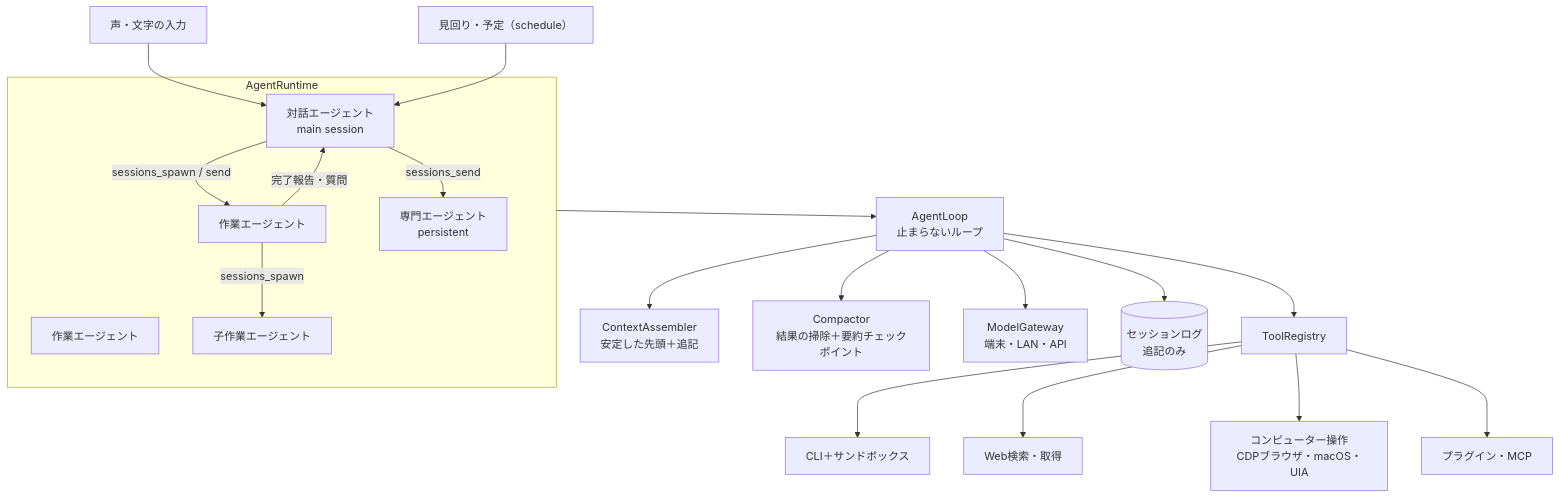
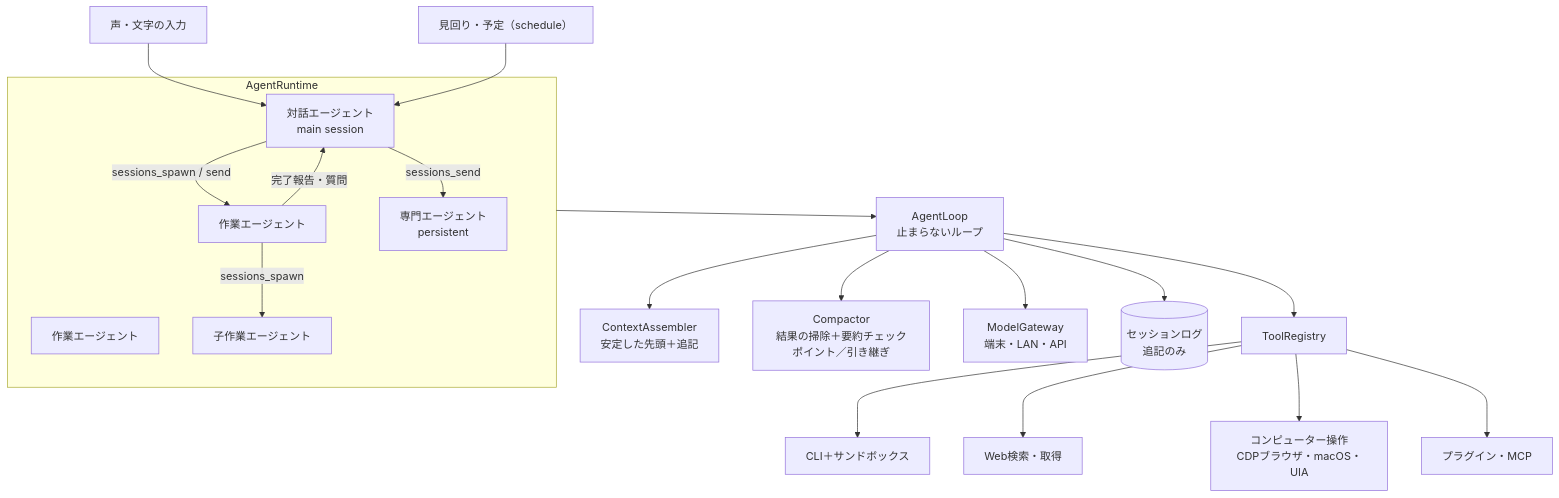
One commit to coco4atJP/Tepora-alpha changed the diagram in Tepora-v3/docs/AGENT-HARNESS.md. Above: the diagram before and after it, drawn with Mermaid. The commit also changed other lines of this file and 14 other files, not shown here.

````diff
--- a/Tepora-v3/docs/AGENT-HARNESS.md
+++ b/Tepora-v3/docs/AGENT-HARNESS.md
@@ -19,25 +19,25 @@
 ```mermaid
 flowchart TD
   Voice[声・文字の入力] --> Main
   Timer[見回り・予定（schedule）] --> Main
   subgraph Runtime[AgentRuntime]
     Main[対話エージェント<br>main session]
     W1[作業エージェント]
     W2[作業エージェント]
     S[専門エージェント<br>persistent]
     Main -- sessions_spawn / send --> W1
     Main -- sessions_send --> S
     W1 -- 完了報告・質問 --> Main
     W1 -- sessions_spawn --> W3[子作業エージェント]
   end
   Runtime --> Loop[AgentLoop<br>止まらないループ]
   Loop --> Ctx[ContextAssembler<br>安定した先頭＋追記]
-  Loop --> Cmp[Compactor<br>結果の掃除＋要約チェックポイント]
+  Loop --> Cmp[Compactor<br>結果の掃除＋要約チェックポイント／引き継ぎ]
   Loop --> GW[ModelGateway<br>端末・LAN・API]
   Loop --> Tools[ToolRegistry]
   Tools --> Exec[CLI＋サンドボックス]
   Tools --> Web[Web検索・取得]
   Tools --> PC[コンピューター操作<br>CDPブラウザ・macOS・UIA]
   Tools --> Ext[プラグイン・MCP]
   Loop --> Log[(セッションログ<br>追記のみ)]
 ```
````
